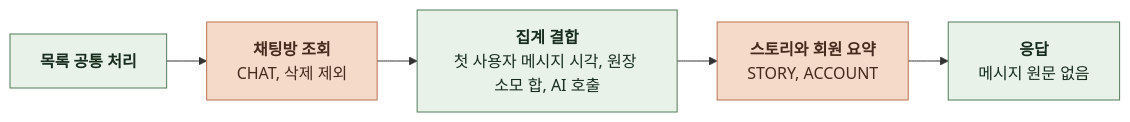
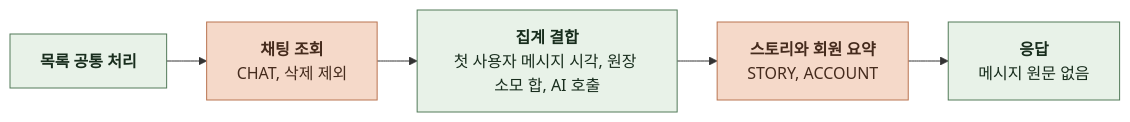
One commit to KIM-N-KANG/knk-harness changed the eighth of 14 diagrams in docs/domain/ADMIN/BACKEND/4-1-PIPELINES.md. Above: the diagram before and after it, drawn with Mermaid. The commit also changed other lines of this file and 14 other files, not shown here.

````diff
--- a/docs/domain/ADMIN/BACKEND/4-1-PIPELINES.md
+++ b/docs/domain/ADMIN/BACKEND/4-1-PIPELINES.md
@@ -224,16 +224,16 @@
 ```mermaid
 %%{init: {"flowchart": {"curve": "basis", "nodeSpacing": 24, "rankSpacing": 40}}}%%
 flowchart LR
-    A["`**목록 공통 처리**`"] --> B["`**채팅방 조회**
+    A["`**목록 공통 처리**`"] --> B["`**채팅 조회**
 CHAT, 삭제 제외`"]
     B --> C["`**집계 결합**
 첫 사용자 메시지 시각, 원장 소모 합, AI 호출`"]
     C --> D["`**스토리와 회원 요약**
 STORY, ACCOUNT`"]
     D --> E["`**응답**
 메시지 원문 없음`"]
     classDef comp fill:#E8F2E8,stroke:#527A59,color:#182D1D
     classDef task fill:#F5D9C9,stroke:#B97450,color:#452B1D
     class A,C,E comp
     class B,D task
 ```
````
